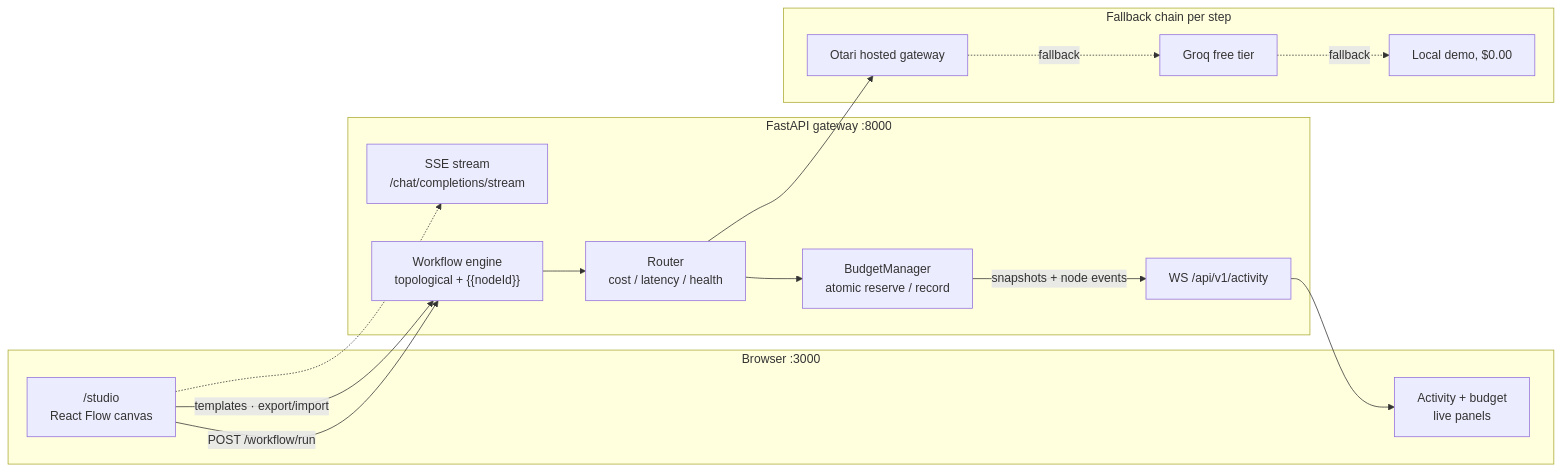
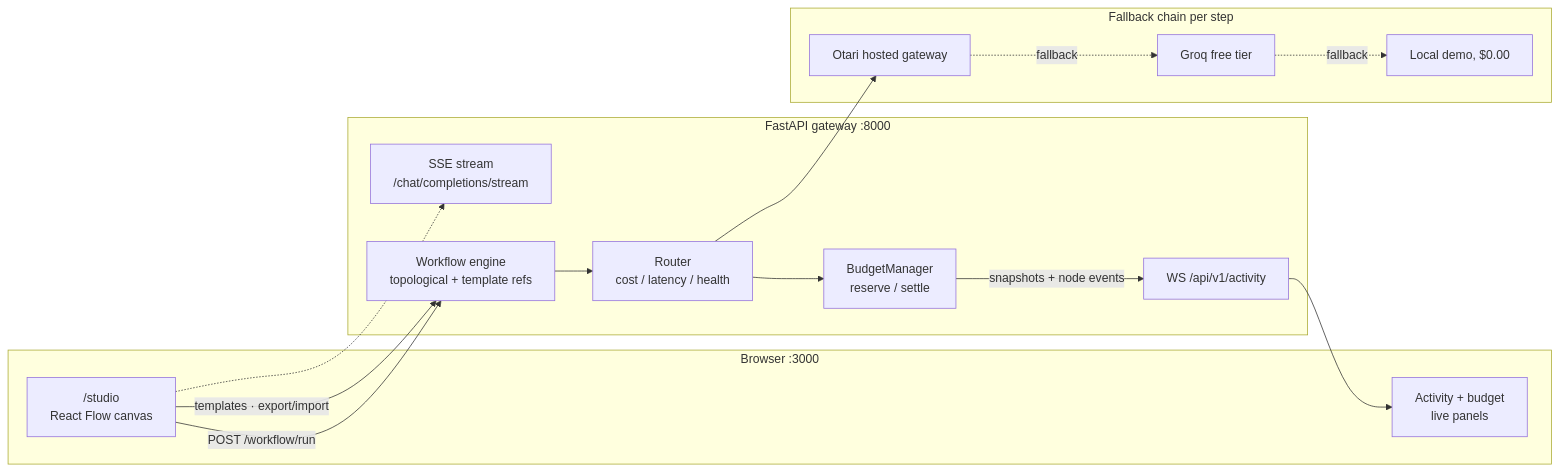
The diagram in README.md (gopanihitansh5-collab/otarioptm), drawn with Mermaid before and after one commit. The commit also changed other lines of this file and 84 other files, not shown here.

````diff
--- a/README.md
+++ b/README.md
@@ -102,29 +111,29 @@
 ```mermaid
 flowchart LR
     subgraph web["Browser :3000"]
         STUDIO["/studio<br/>React Flow canvas"]
         FEEDUI["Activity + budget<br/>live panels"]
     end
     subgraph gw["FastAPI gateway :8000"]
-        ENGINE["Workflow engine<br/>topological + {{nodeId}}"]
+        ENGINE["Workflow engine<br/>topological + template refs"]
         ROUTER["Router<br/>cost / latency / health"]
-        BUDGET["BudgetManager<br/>atomic reserve / record"]
+        BUDGET["BudgetManager<br/>reserve / settle"]
         SSE["SSE stream<br/>/chat/completions/stream"]
         WS["WS /api/v1/activity"]
     end
     subgraph chain["Fallback chain per step"]
         OTARI["Otari hosted gateway"]
         GROQ["Groq free tier"]
         DEMO["Local demo, $0.00"]
     end
     STUDIO -->|"POST /workflow/run"| ENGINE
     STUDIO -->|"templates · export/import"| ENGINE
     ENGINE --> ROUTER
     ROUTER --> BUDGET
     ROUTER --> OTARI
     OTARI -.->|fallback| GROQ
     GROQ -.->|fallback| DEMO
     BUDGET -->|"snapshots + node events"| WS
     WS --> FEEDUI
     STUDIO -.-> SSE
 ```
````
